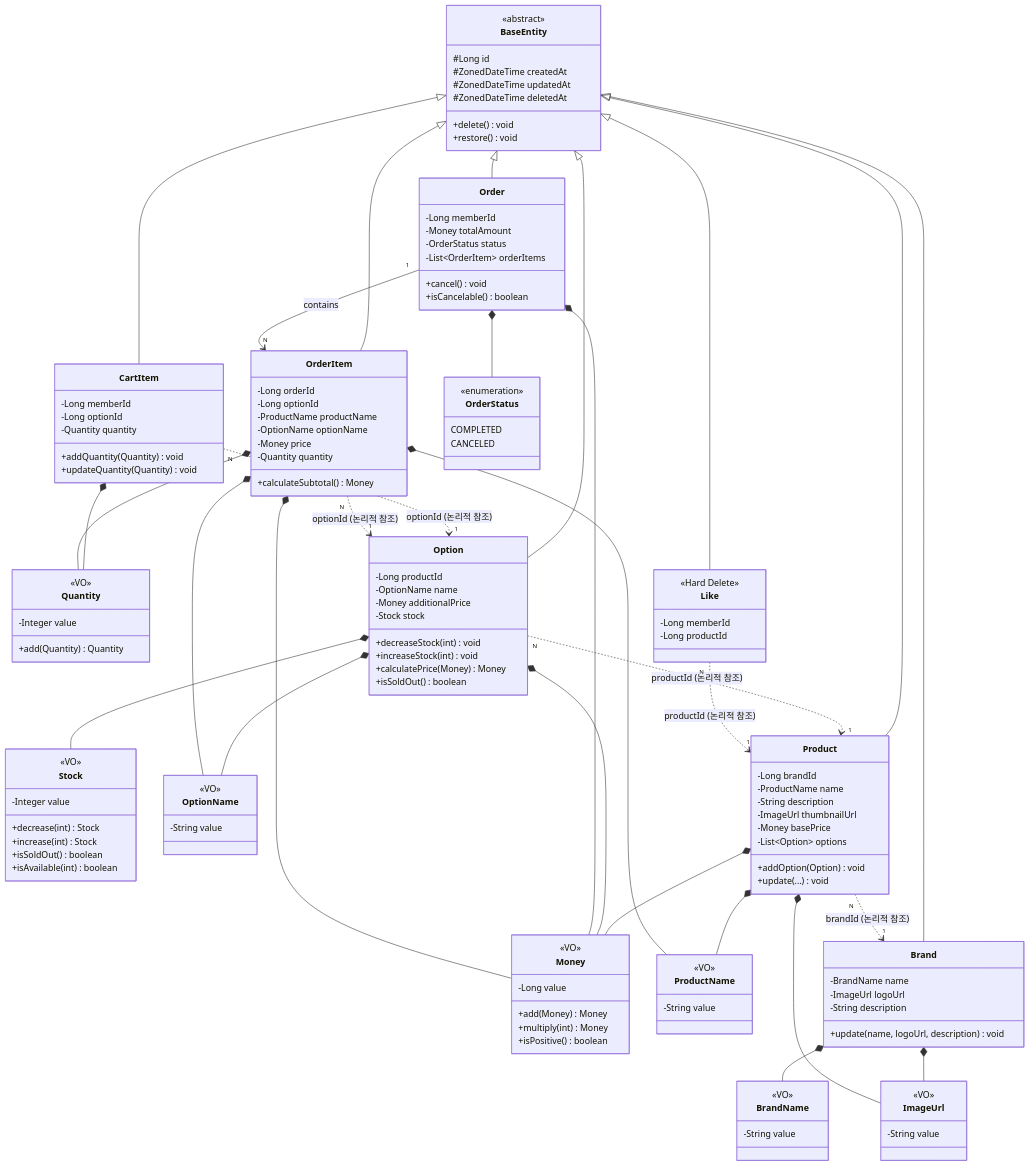
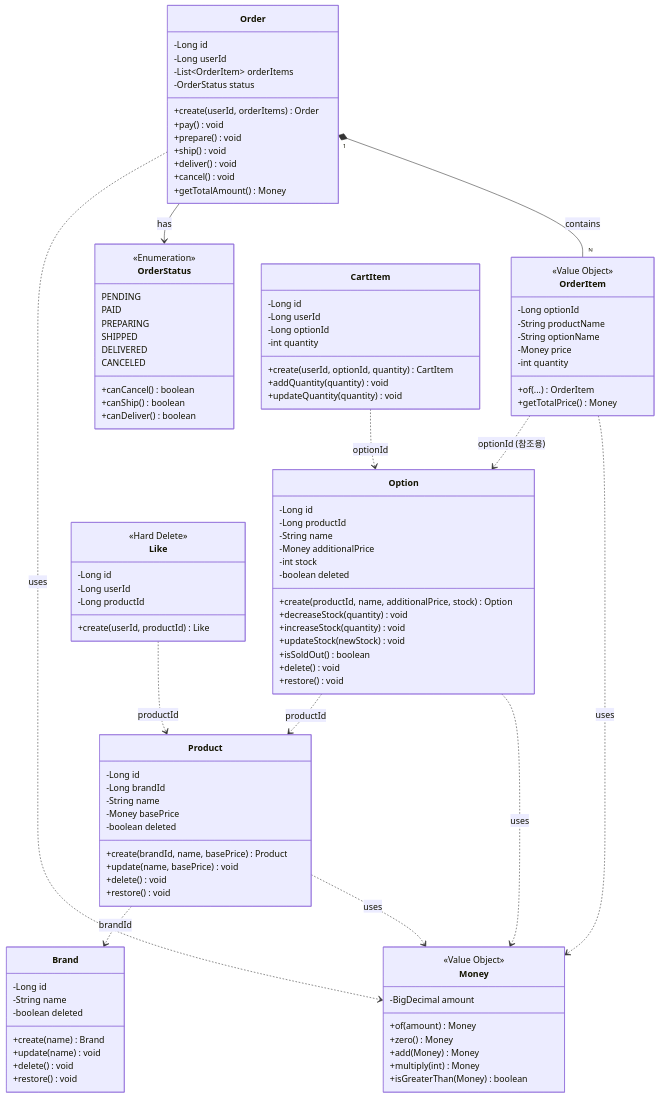
One commit to Loopers-dev-lab/loop-pack-be-l2-vol3-java changed the diagram in docs/design/03-class-diagram.md. Above: the diagram before and after it, drawn with Mermaid. The commit also changed other lines of this file and 2 other files, not shown here.

````diff
--- a/docs/design/03-class-diagram.md
+++ b/docs/design/03-class-diagram.md
@@ -6,161 +24,128 @@
 classDiagram
     direction TB
 
-    %% ===== Base =====
-    class BaseEntity {
-        <<abstract>>
-        #Long id
-        #ZonedDateTime createdAt
-        #ZonedDateTime updatedAt
-        #ZonedDateTime deletedAt
+    %% ===== Order Aggregate =====
+    class Order {
+        -Long id
+        -Long userId
+        -List~OrderItem~ orderItems
+        -OrderStatus status
+        +create(userId, orderItems) Order
+        +pay() void
+        +prepare() void
+        +ship() void
+        +deliver() void
+        +cancel() void
+        +getTotalAmount() Money
+    }
+
+    class OrderItem {
+        <<Value Object>>
+        -Long optionId
+        -String productName
+        -String optionName
+        -Money price
+        -int quantity
+        +of(...) OrderItem
+        +getTotalPrice() Money
+    }
+
+    class OrderStatus {
+        <<Enumeration>>
+        PENDING
+        PAID
+        PREPARING
+        SHIPPED
+        DELIVERED
+        CANCELED
+        +canCancel() boolean
+        +canShip() boolean
+        +canDeliver() boolean
+    }
+
+    %% ===== Product & Option =====
+    class Product {
+        -Long id
+        -Long brandId
+        -String name
+        -Money basePrice
+        -boolean deleted
+        +create(brandId, name, basePrice) Product
+        +update(name, basePrice) void
         +delete() void
         +restore() void
     }
 
-    %% ===== Value Objects =====
+    class Option {
+        -Long id
+        -Long productId
+        -String name
+        -Money additionalPrice
+        -int stock
+        -boolean deleted
+        +create(productId, name, additionalPrice, stock) Option
+        +decreaseStock(quantity) void
+        +increaseStock(quantity) void
+        +updateStock(newStock) void
+        +isSoldOut() boolean
+        +delete() void
+        +restore() void
+    }
+
+    %% ===== Brand =====
+    class Brand {
+        -Long id
+        -String name
+        -boolean deleted
+        +create(name) Brand
+        +update(name) void
+        +delete() void
+        +restore() void
+    }
+
+    %% ===== Cart =====
+    class CartItem {
+        -Long id
+        -Long userId
+        -Long optionId
+        -int quantity
+        +create(userId, optionId, quantity) CartItem
+        +addQuantity(quantity) void
+        +updateQuantity(quantity) void
+    }
+
+    %% ===== Like =====
+    class Like {
+        <<Hard Delete>>
+        -Long id
+        -Long userId
+        -Long productId
+        +create(userId, productId) Like
+    }
+
+    %% ===== Value Object =====
     class Money {
-        <<VO>>
-        -Long value
+        <<Value Object>>
+        -BigDecimal amount
+        +of(amount) Money
+        +zero() Money
         +add(Money) Money
         +multiply(int) Money
-        +isPositive() boolean
+        +isGreaterThan(Money) boolean
     }
 
-    class Stock {
-        <<VO>>
-        -Integer value
-        +decrease(int) Stock
-        +increase(int) Stock
-        +isSoldOut() boolean
-        +isAvailable(int) boolean
-    }
+    %% ===== Relationships =====
+    Order "1" *-- "N" OrderItem : contains
+    Order --> OrderStatus : has
+    Order ..> Money : uses
+    OrderItem ..> Money : uses
+    Product ..> Money : uses
+    Option ..> Money : uses
 
-    class Quantity {
-        <<VO>>
-        -Integer value
-        +add(Quantity) Quantity
-    }
-
-    class BrandName {
-        <<VO>>
-        -String value
-    }
-
-    class ProductName {
-        <<VO>>
-        -String value
-    }
-
-    class OptionName {
-        <<VO>>
-        -String value
-    }
-
-    class ImageUrl {
-        <<VO>>
-        -String value
-    }
-
-    %% ===== Entities =====
-    class Brand {
-        -BrandName name
-        -ImageUrl logoUrl
-        -String description
-        +update(name, logoUrl, description) void
-    }
-
-    class Product {
-        -Long brandId
-        -ProductName name
-        -String description
-        -ImageUrl thumbnailUrl
-        -Money basePrice
-        -List~Option~ options
-        +addOption(Option) void
-        +update(...) void
-    }
-
-    class Option {
-        -Long productId
-        -OptionName name
-        -Money additionalPrice
-        -Stock stock
-        +decreaseStock(int) void
-        +increaseStock(int) void
-        +calculatePrice(Money) Money
-        +isSoldOut() boolean
-    }
-
-    class Like {
-        <<Hard Delete>>
-        -Long memberId
-        -Long productId
-    }
-
-    class CartItem {
-        -Long memberId
-        -Long optionId
-        -Quantity quantity
-        +addQuantity(Quantity) void
-        +updateQuantity(Quantity) void
-    }
-
-    class Order {
-        -Long memberId
-        -Money totalAmount
-        -OrderStatus status
-        -List~OrderItem~ orderItems
-        +cancel() void
-        +isCancelable() boolean
-    }
-
-    class OrderItem {
-        -Long orderId
-        -Long optionId
-        -ProductName productName
-        -OptionName optionName
-        -Money price
-        -Quantity quantity
-        +calculateSubtotal() Money
-    }
-
-    class OrderStatus {
-        <<enumeration>>
-        COMPLETED
-        CANCELED
-    }
-
-    %% ===== Inheritance =====
-    BaseEntity <|-- Brand
-    BaseEntity <|-- Product
-    BaseEntity <|-- Option
-    BaseEntity <|-- Like
-    BaseEntity <|-- CartItem
-    BaseEntity <|-- Order
-    BaseEntity <|-- OrderItem
-
-    %% ===== Composition (VO) =====
-    Brand *-- BrandName
-    Brand *-- ImageUrl
-    Product *-- ProductName
-    Product *-- ImageUrl
-    Product *-- Money
-    Option *-- OptionName
-    Option *-- Money
-    Option *-- Stock
-    CartItem *-- Quantity
-    Order *-- Money
-    Order *-- OrderStatus
-    OrderItem *-- ProductName
-    OrderItem *-- OptionName
-    OrderItem *-- Money
-    OrderItem *-- Quantity
-
-    %% ===== Associations (Logical FK - No Physical Constraint) =====
-    Product "N" ..> "1" Brand : brandId (논리적 참조)
-    Option "N" ..> "1" Product : productId (논리적 참조)
-    Like "N" ..> "1" Product : productId (논리적 참조)
-    CartItem "N" ..> "1" Option : optionId (논리적 참조)
-    Order "1" --> "N" OrderItem : contains
-    OrderItem "N" ..> "1" Option : optionId (논리적 참조)
+    %% ===== Logical References (ID only) =====
+    Product ..> Brand : brandId
+    Option ..> Product : productId
+    CartItem ..> Option : optionId
+    Like ..> Product : productId
+    OrderItem ..> Option : optionId (참조용)
 ```
````
